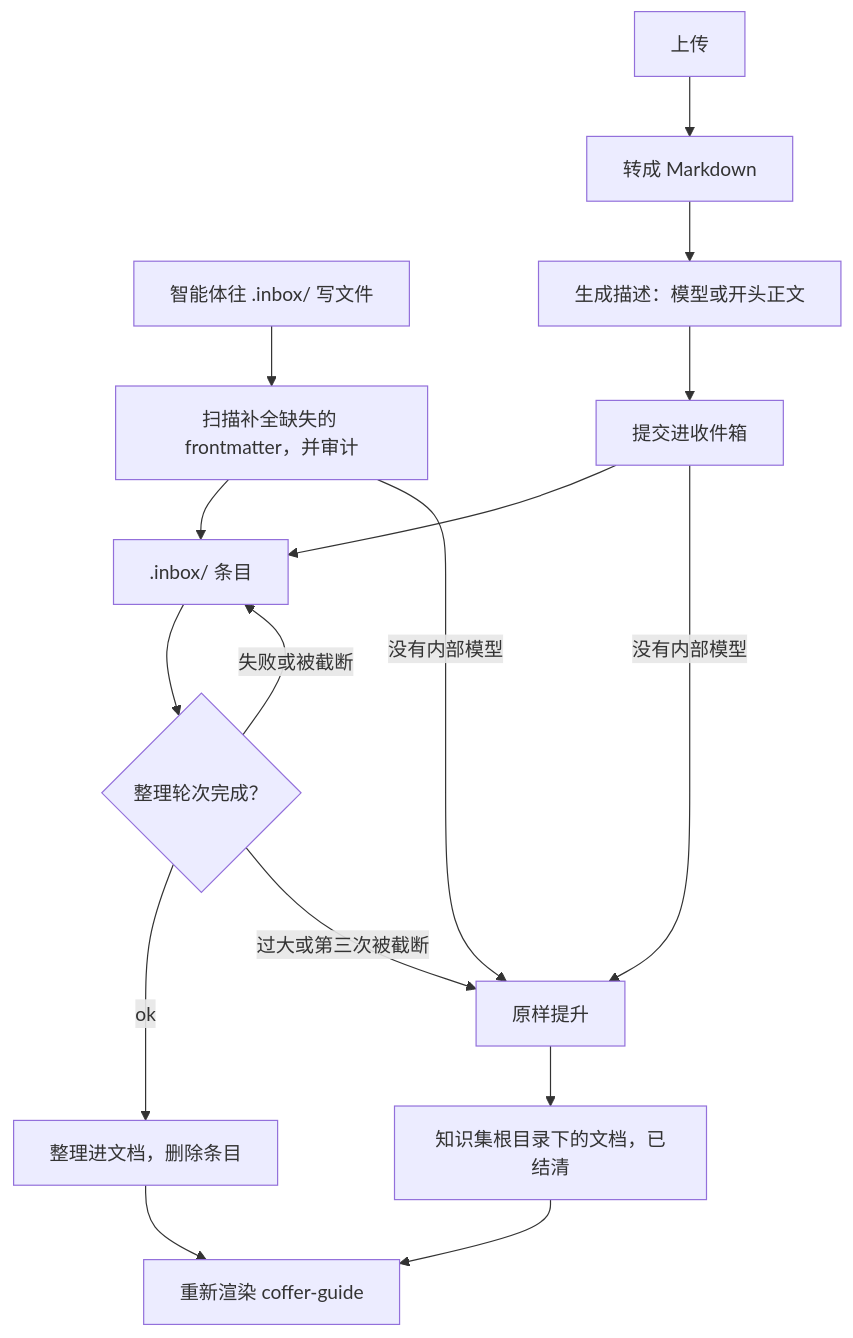
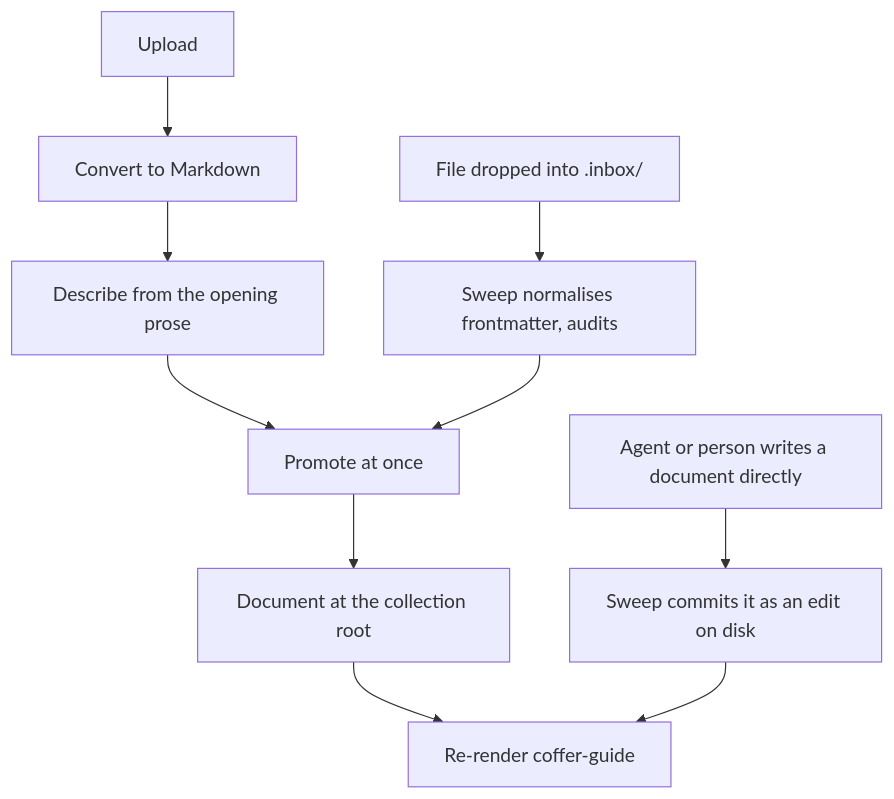
One commit to wyx-sg/Coffer changed the first of 2 diagrams in docs-site/zh/architecture/knowledge.md. Above: the diagram before and after it, drawn with Mermaid. The commit also changed other lines of this file and 512 other files, not shown here.

````diff
--- a/docs-site/zh/architecture/knowledge.md
+++ b/docs-site/zh/architecture/knowledge.md
@@ -97,18 +100,12 @@
 ```mermaid
 flowchart TD
-  W["智能体往 .inbox/ 写文件"] --> N["扫描补全缺失的 frontmatter，并审计"]
-  U["上传"] --> C["转成 Markdown"]
-  C --> D["生成描述：模型或开头正文"]
-  D --> S["提交进收件箱"]
-  S --> I[".inbox/ 条目"]
-  N --> I
-  S -->|"没有内部模型"| P["原样提升"]
-  N -->|"没有内部模型"| P
-  I --> Q{"整理轮次完成？"}
-  Q -->|"ok"| M["整理进文档，删除条目"]
-  Q -->|"失败或被截断"| I
-  Q -->|"过大或第三次被截断"| P
-  P --> DOC["知识集根目录下的文档，已结清"]
-  M --> G["重新渲染 coffer-guide"]
-  DOC --> G
+  U["Upload"] --> C["Convert to Markdown"]
+  C --> D["Describe from the opening prose"]
+  D --> S["Promote at once"]
+  W["File dropped into .inbox/"] --> N["Sweep normalises frontmatter, audits"]
+  N --> S
+  S --> DOC["Document at the collection root"]
+  E["Agent or person writes a document directly"] --> DISK["Sweep commits it as an edit on disk"]
+  DOC --> G["Re-render coffer-guide"]
+  DISK --> G
 ```
````
